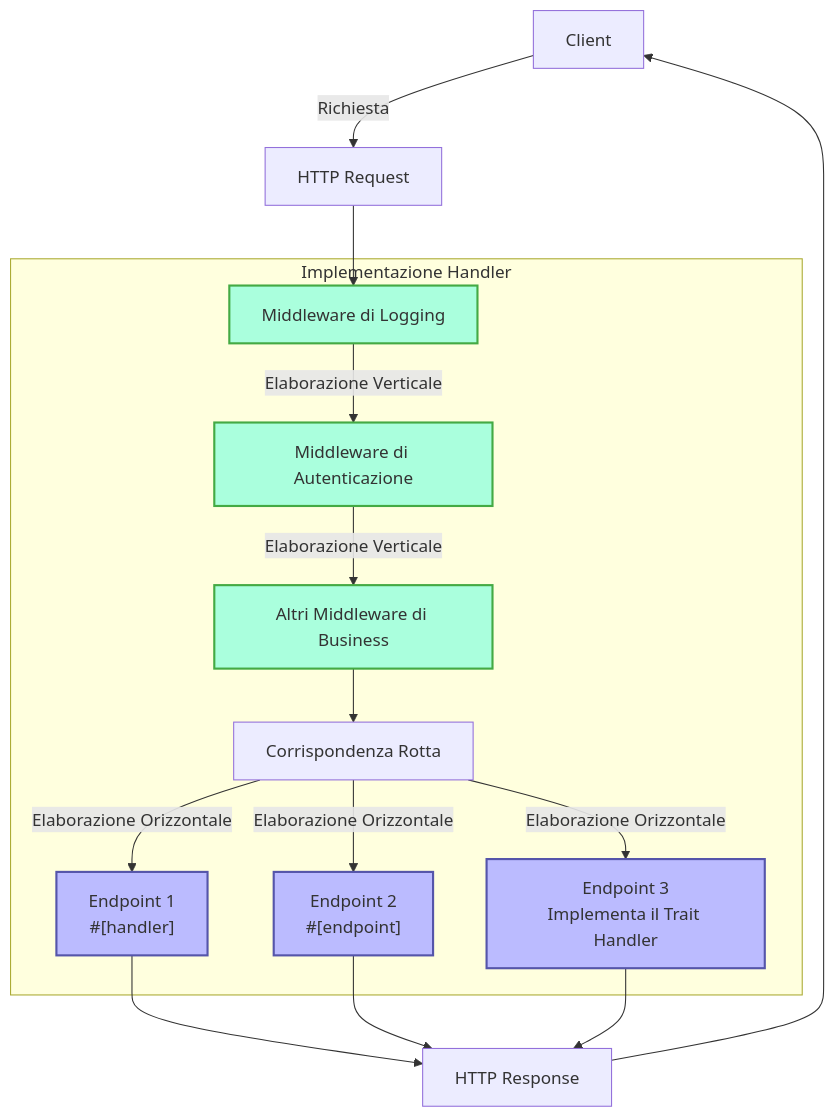
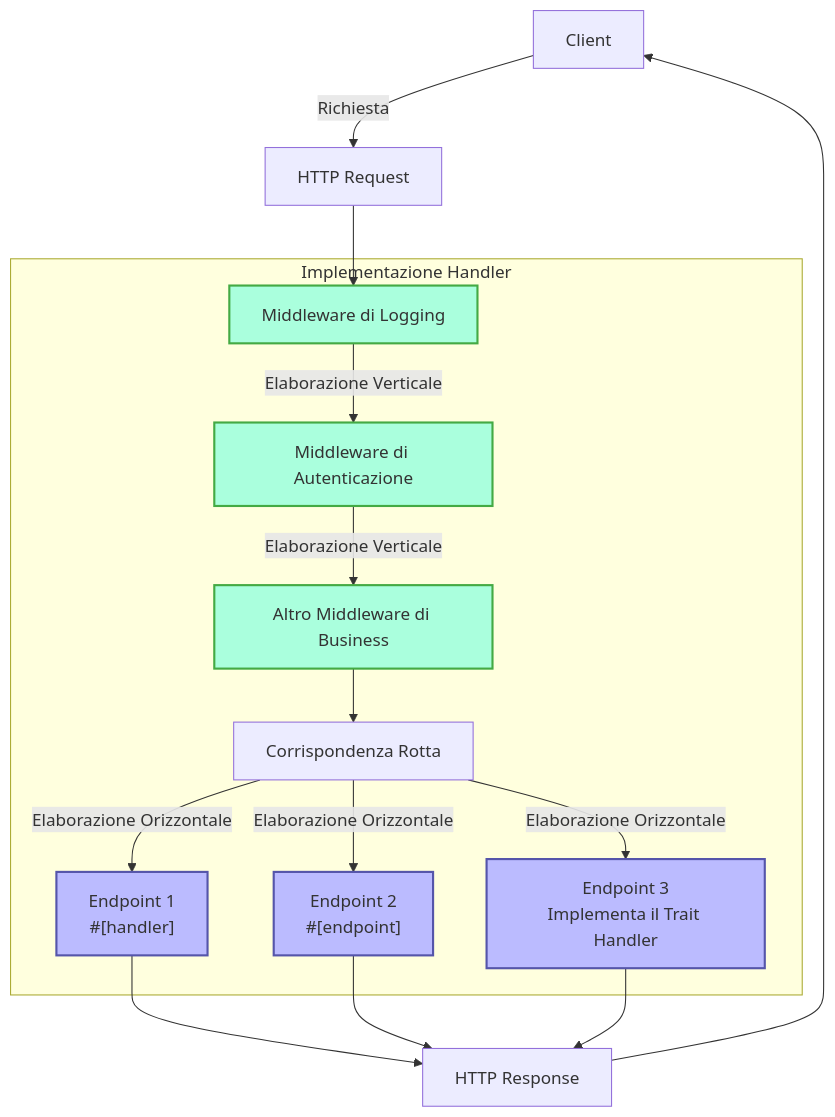
Before and after one commit to salvo-rs/website: the first of 2 diagrams in docs/it/guide/concepts/handler.mdx, drawn with Mermaid. The commit also changed other lines of this file and 55 other files, not shown here.

````diff
--- a/docs/it/guide/concepts/handler.mdx
+++ b/docs/it/guide/concepts/handler.mdx
@@ -15,25 +15,25 @@
 ```mermaid
 flowchart TD
     Client[Client] -->|Richiesta| Request[HTTP Request]
     Request --> M1
 
     subgraph "Implementazione Handler"
-        M1[Middleware di Logging] -->|Elaborazione Verticale| M2[Middleware di Autenticazione] -->|Elaborazione Verticale| M3[Altri Middleware di Business]
+        M1[Middleware di Logging] -->|Elaborazione Verticale| M2[Middleware di Autenticazione] -->|Elaborazione Verticale| M3[Altro Middleware di Business]
         M3 --> Router[Corrispondenza Rotta]
 
         Router -->|Elaborazione Orizzontale| E1["Endpoint 1<br>#[handler]"]
         Router -->|Elaborazione Orizzontale| E2["Endpoint 2<br>#[endpoint]"]
         Router -->|Elaborazione Orizzontale| E3["Endpoint 3<br>Implementa il Trait Handler"]
     end
 
     E1 --> Response[HTTP Response]
     E2 --> Response
     E3 --> Response
     Response --> Client
 
     classDef middleware fill:#afd,stroke:#4a4,stroke-width:2px;
     classDef endpoint fill:#bbf,stroke:#55a,stroke-width:2px;
 
     class M1,M2,M3 middleware;
     class E1,E2,E3 endpoint;
 ```
````
